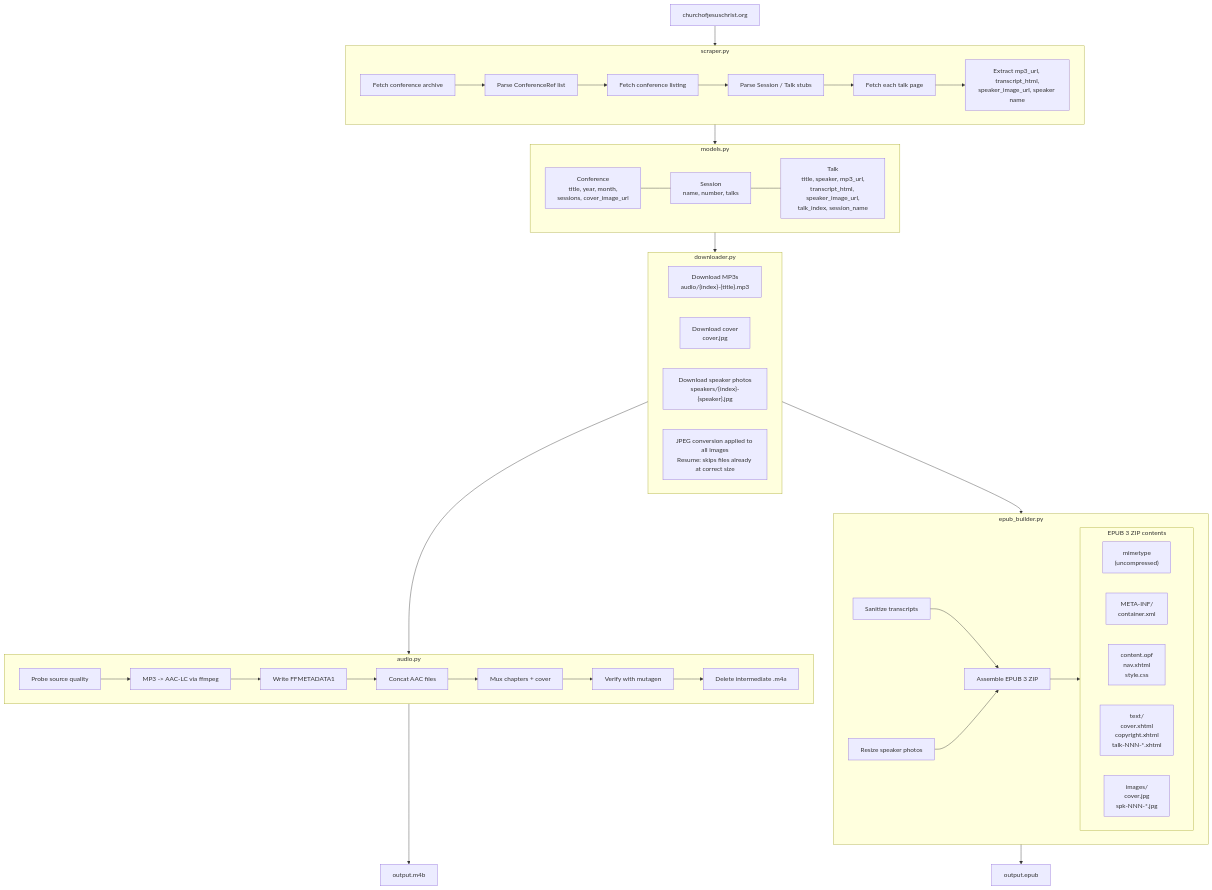
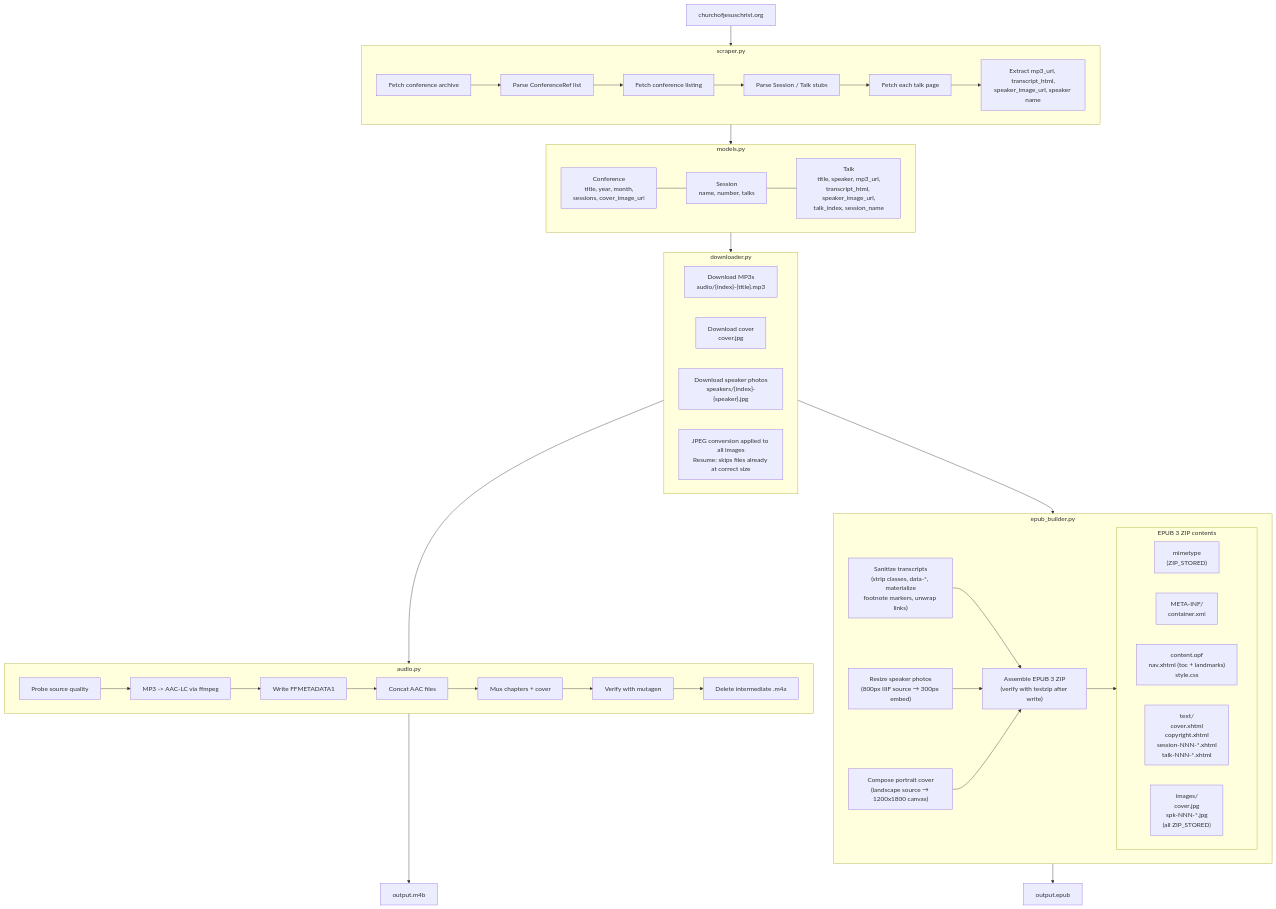
Before and after one commit to XeroIP/gencon-audiobook: the diagram in docs/scraper-pipeline.md, drawn with Mermaid. The commit also changed 2 other files, not shown here.

Commit message:
docs: update phase-2-epub, scraper-pipeline, and release-testing for v0.1.5
Reflects portrait cover generation, session divider pages, landmarks nav,
epub:type attributes, ZIP_STORED for JPEGs, footnote marker materialization,
CSS class stripping, dynamic dcterms:modified, and IIIF speaker photo upgrade.

````diff
--- a/docs/scraper-pipeline.md
+++ b/docs/scraper-pipeline.md
@@ -3,69 +3,71 @@
 ```mermaid
 flowchart TD
     SOURCE["churchofjesuschrist.org"]
 
     SOURCE --> SCRAPER
 
     subgraph SCRAPER["scraper.py"]
         S1["Fetch conference archive"]
         S2["Parse ConferenceRef list"]
         S3["Fetch conference listing"]
         S4["Parse Session / Talk stubs"]
         S5["Fetch each talk page"]
         S6["Extract mp3_url, transcript_html,\nspeaker_image_url, speaker name"]
         S1 --> S2 --> S3 --> S4 --> S5 --> S6
     end
 
     SCRAPER --> MODELS
 
     subgraph MODELS["models.py"]
         direction LR
         M1["Conference\ntitle, year, month,\nsessions, cover_image_url"]
         M2["Session\nname, number, talks"]
         M3["Talk\ntitle, speaker, mp3_url,\ntranscript_html, speaker_image_url,\ntalk_index, session_name"]
         M1 --- M2 --- M3
     end
 
     MODELS --> DOWNLOADER
 
     subgraph DOWNLOADER["downloader.py"]
         D1["Download MP3s\naudio/{index}-{title}.mp3"]
         D2["Download cover\ncover.jpg"]
         D3["Download speaker photos\nspeakers/{index}-{speaker}.jpg"]
         D4["JPEG conversion applied to all images\nResume: skips files already at correct size"]
     end
 
     DOWNLOADER --> AUDIO
     DOWNLOADER --> EPUB
 
     subgraph AUDIO["audio.py"]
         A1["Probe source quality"]
         A2["MP3 -> AAC-LC via ffmpeg"]
         A3["Write FFMETADATA1"]
         A4["Concat AAC files"]
         A5["Mux chapters + cover"]
         A6["Verify with mutagen"]
         A7["Delete intermediate .m4a"]
         A1 --> A2 --> A3 --> A4 --> A5 --> A6 --> A7
     end
 
     subgraph EPUB["epub_builder.py"]
-        E1["Sanitize transcripts"]
-        E2["Resize speaker photos"]
-        E3["Assemble EPUB 3 ZIP"]
-        E1 --> E3
-        E2 --> E3
+        E1["Sanitize transcripts\n(strip classes, data-*, materialize\nfootnote markers, unwrap links)"]
+        E2["Resize speaker photos\n(800px IIIF source → 300px embed)"]
+        E3["Compose portrait cover\n(landscape source → 1200x1800 canvas)"]
+        E4["Assemble EPUB 3 ZIP\n(verify with testzip after write)"]
+        E1 --> E4
+        E2 --> E4
+        E3 --> E4
         subgraph ZIP["EPUB 3 ZIP contents"]
             direction LR
-            Z1["mimetype\n(uncompressed)"]
+            Z1["mimetype\n(ZIP_STORED)"]
             Z2["META-INF/\ncontainer.xml"]
-            Z3["content.opf\nnav.xhtml\nstyle.css"]
-            Z4["text/\ncover.xhtml\ncopyright.xhtml\ntalk-NNN-*.xhtml"]
-            Z5["images/\ncover.jpg\nspk-NNN-*.jpg"]
+            Z3["content.opf\nnav.xhtml (toc + landmarks)\nstyle.css"]
+            Z4["text/\ncover.xhtml\ncopyright.xhtml\nsession-NNN-*.xhtml\ntalk-NNN-*.xhtml"]
+            Z5["images/\ncover.jpg\nspk-NNN-*.jpg\n(all ZIP_STORED)"]
         end
-        E3 --> ZIP
+        E4 --> ZIP
     end
 
     AUDIO --> M4B["output.m4b"]
     EPUB --> EPUBOUT["output.epub"]
 ```
````
